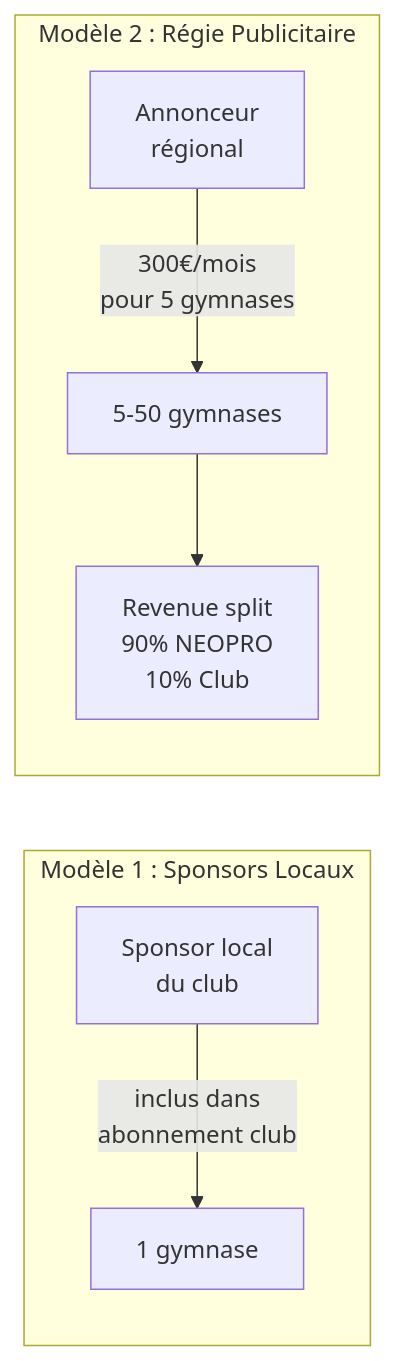
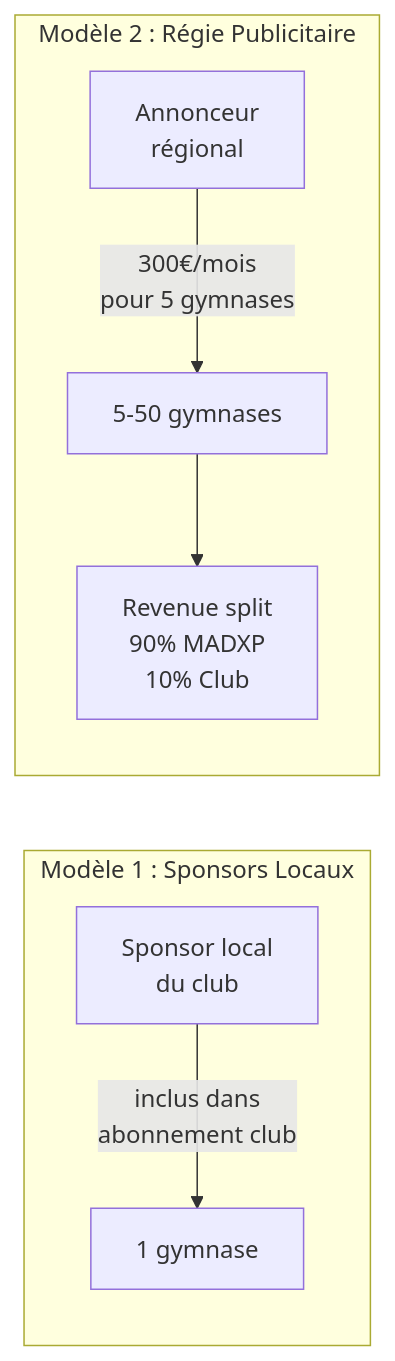
The third of 3 diagrams in docs/safe/OVS2-SPONSOR-TO-IMPRESSION.md (Tallec7/madxp), drawn with Mermaid before and after one commit. The commit also changed other lines of this file and 128 other files, not shown here.

First line of the commit message:
docs(rebrand): rename NEOPRO→MADXP uppercase brand mentions (PR 1b/N)

````diff
--- a/docs/safe/OVS2-SPONSOR-TO-IMPRESSION.md
+++ b/docs/safe/OVS2-SPONSOR-TO-IMPRESSION.md
@@ -94,11 +94,11 @@
 ```mermaid
 flowchart LR
     subgraph MODEL1["Modèle 1 : Sponsors Locaux"]
         S1["Sponsor local\ndu club"] --> |"inclus dans\nabonnement club"| C1["1 gymnase"]
     end
 
     subgraph MODEL2["Modèle 2 : Régie Publicitaire"]
         S2["Annonceur\nrégional"] --> |"300€/mois\npour 5 gymnases"| C2["5-50 gymnases"]
-        C2 --> R["Revenue split\n90% NEOPRO\n10% Club"]
+        C2 --> R["Revenue split\n90% MADXP\n10% Club"]
     end
 ```
````
